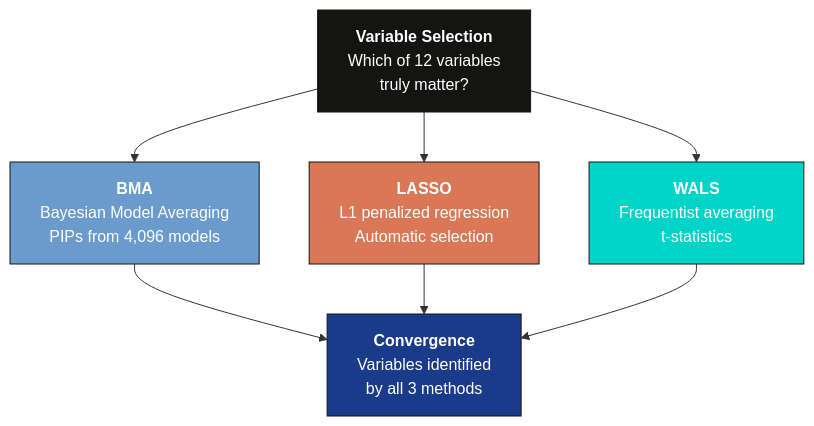
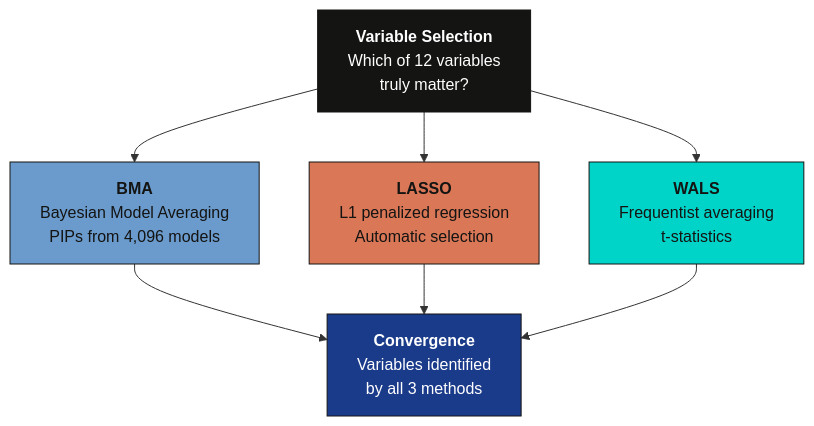
Before and after one commit to cmg777/starter-academic-v501: the diagram in content/post/r_bma_lasso_wals/index.md, drawn with Mermaid. The commit also changed 67 other files, not shown here.

First line of the commit message:
fix(mermaid): readable diagram text in both themes across the site

````diff
--- a/content/post/r_bma_lasso_wals/index.md
+++ b/content/post/r_bma_lasso_wals/index.md
@@ -74,16 +74,16 @@
 ```mermaid
 graph TD
     Q["<b>Variable Selection</b><br/>Which of 12 variables<br/>truly matter?"] --> BMA
     Q --> LASSO
     Q --> WALS
 
     BMA["<b>BMA</b><br/>Bayesian Model Averaging<br/>PIPs from 4,096 models"] --> R["<b>Convergence</b><br/>Variables identified<br/>by all 3 methods"]
     LASSO["<b>LASSO</b><br/>L1 penalized regression<br/>Automatic selection"] --> R
     WALS["<b>WALS</b><br/>Frequentist averaging<br/>t-statistics"] --> R
 
     style Q fill:#141413,stroke:#141413,color:#fff
-    style BMA fill:#6a9bcc,stroke:#141413,color:#fff
-    style LASSO fill:#d97757,stroke:#141413,color:#fff
-    style WALS fill:#00d4c8,stroke:#141413,color:#fff
+    style BMA fill:#6a9bcc,stroke:#141413,color:#141413
+    style LASSO fill:#d97757,stroke:#141413,color:#141413
+    style WALS fill:#00d4c8,stroke:#141413,color:#141413
     style R fill:#1a3a8a,stroke:#141413,color:#fff
 ```
````
